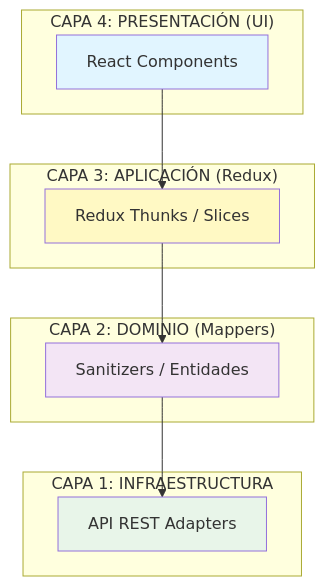
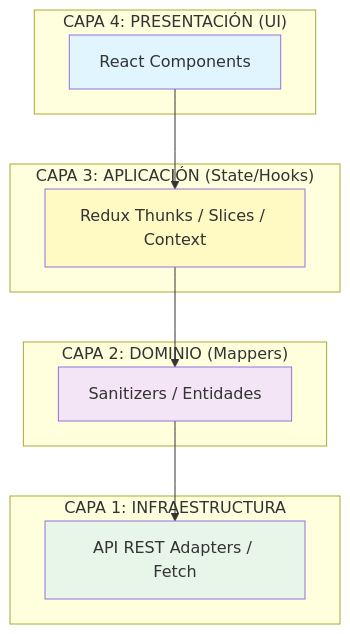
Before and after one commit to Slinkter/myprojectapi02: the first of 2 diagrams in README.md, drawn with Mermaid. The commit also changed other lines of this file and 6 other files, not shown here.

````diff
--- a/README.md
+++ b/README.md
@@ -11,24 +11,24 @@
 ```mermaid
 graph TD
     subgraph "CAPA 4: PRESENTACIÓN (UI)"
         UI[React Components]
     end
-    subgraph "CAPA 3: APLICACIÓN (Redux)"
-        STATE[Redux Thunks / Slices]
+    subgraph "CAPA 3: APLICACIÓN (State/Hooks)"
+        STATE[Redux Thunks / Slices / Context]
     end
     subgraph "CAPA 2: DOMINIO (Mappers)"
         DOMAIN[Sanitizers / Entidades]
     end
     subgraph "CAPA 1: INFRAESTRUCTURA"
-        API[API REST Adapters]
+        API[API REST Adapters / Fetch]
     end
 
     UI --> STATE
     STATE --> DOMAIN
     DOMAIN --> API
 
     style UI fill:#e1f5ff
     style STATE fill:#fff9c4
     style DOMAIN fill:#f3e5f5
     style API fill:#e8f5e9
 ```
````
